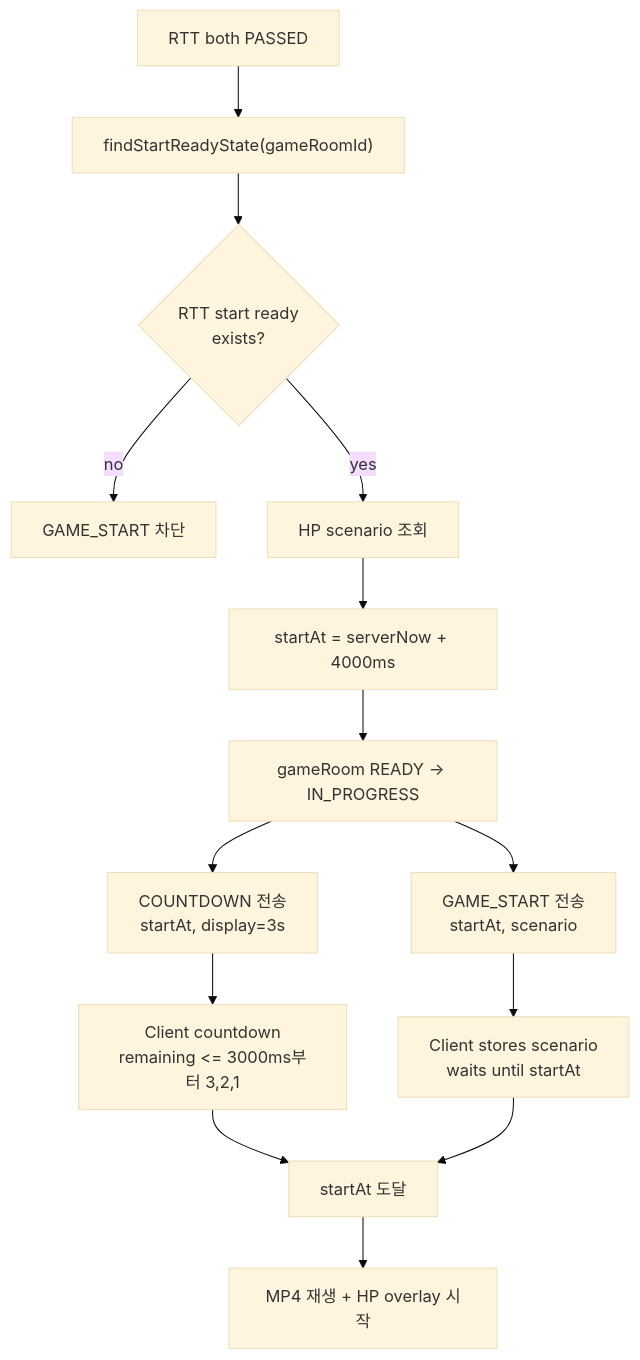
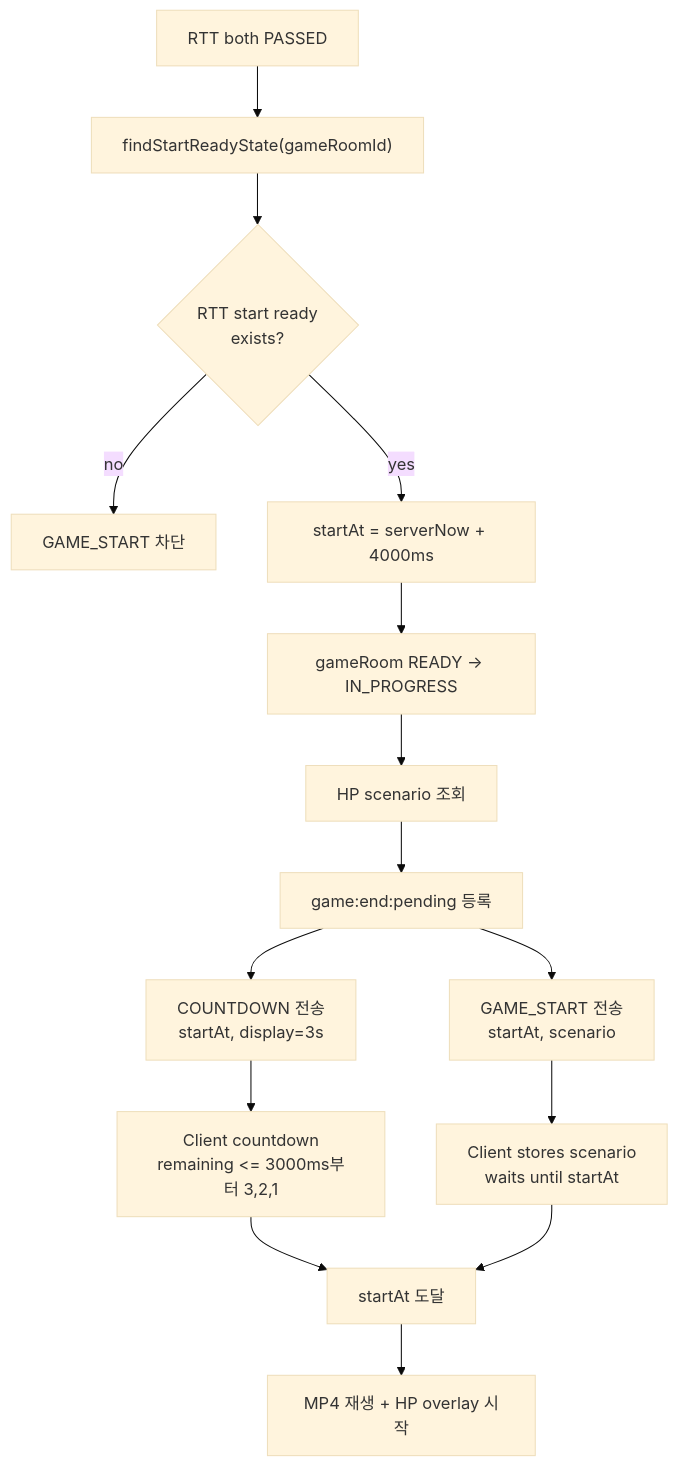
One commit to moonwhistle/League-of-Star changed the diagram in docs/antigravity/backend/issue-46-game-start-hp-scenario.md. Above: the diagram before and after it, drawn with Mermaid (base theme). The commit also changed other lines of this file and 22 other files, not shown here.

````diff
--- a/docs/antigravity/backend/issue-46-game-start-hp-scenario.md
+++ b/docs/antigravity/backend/issue-46-game-start-hp-scenario.md
@@ -11,16 +11,17 @@
 ```mermaid
 flowchart TD
     A["RTT both PASSED"] --> B["findStartReadyState(gameRoomId)"]
     B --> C{"RTT start ready<br/>exists?"}
     C -->|"no"| D["GAME_START 차단"]
-    C -->|"yes"| E["HP scenario 조회"]
-    E --> F["startAt = serverNow + 4000ms"]
-    F --> G["gameRoom READY -> IN_PROGRESS"]
-    G --> H["COUNTDOWN 전송<br/>startAt, display=3s"]
-    G --> I["GAME_START 전송<br/>startAt, scenario"]
-    H --> J["Client countdown<br/>remaining <= 3000ms부터 3,2,1"]
-    I --> K["Client stores scenario<br/>waits until startAt"]
-    J --> L["startAt 도달"]
-    K --> L
-    L --> M["MP4 재생 + HP overlay 시작"]
+    C -->|"yes"| E["startAt = serverNow + 4000ms"]
+    E --> F["gameRoom READY -> IN_PROGRESS"]
+    F --> G["HP scenario 조회"]
+    G --> H["game:end:pending 등록"]
+    H --> I["COUNTDOWN 전송<br/>startAt, display=3s"]
+    H --> J["GAME_START 전송<br/>startAt, scenario"]
+    I --> K["Client countdown<br/>remaining <= 3000ms부터 3,2,1"]
+    J --> L["Client stores scenario<br/>waits until startAt"]
+    K --> M["startAt 도달"]
+    L --> M
+    M --> N["MP4 재생 + HP overlay 시작"]
 ```
````
